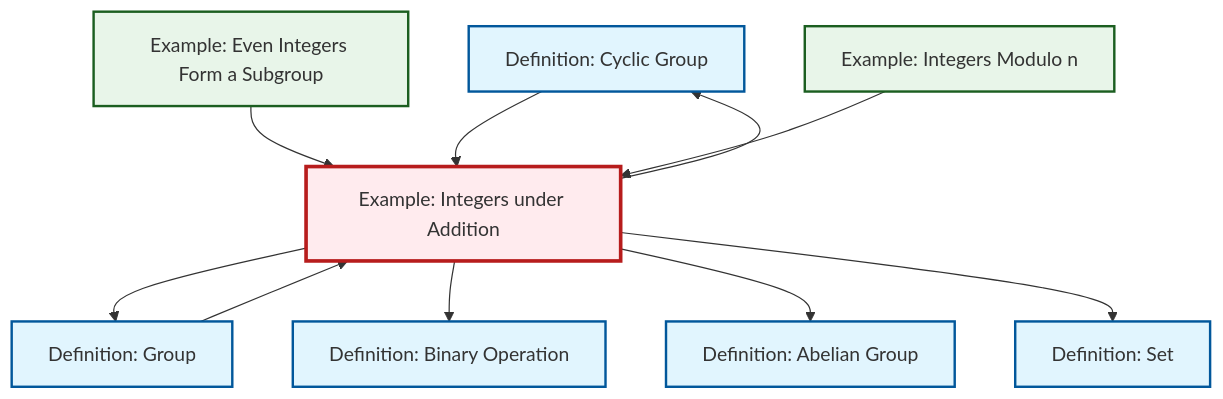
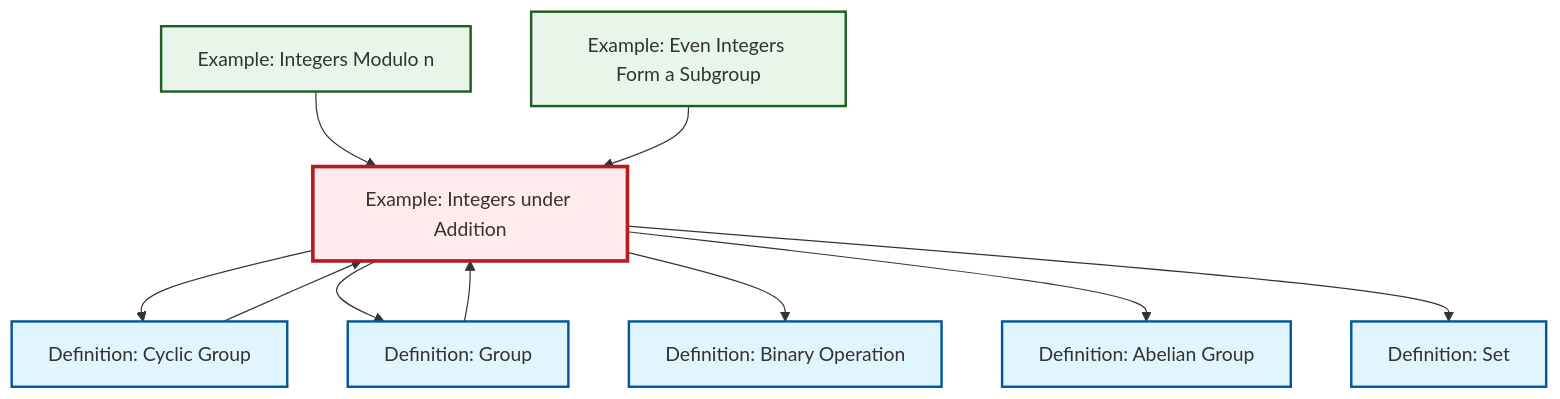
The diagram in content/ja/algebra/ex-integers-addition.qmd (RK0429/ModernMath), drawn with Mermaid before and after one commit. The commit also changed other lines of this file and 554 other files, not shown here.

````diff
--- a/content/ja/algebra/ex-integers-addition.qmd
+++ b/content/ja/algebra/ex-integers-addition.qmd
@@ -74,34 +74,34 @@
 ```{mermaid}
 %%| fig-cap: "Local dependency graph"
 graph TD
     classDef definition fill:#e1f5fe,stroke:#01579b,stroke-width:2px
     classDef theorem fill:#f3e5f5,stroke:#4a148c,stroke-width:2px
     classDef axiom fill:#fff3e0,stroke:#e65100,stroke-width:2px
     classDef example fill:#e8f5e9,stroke:#1b5e20,stroke-width:2px
     classDef current fill:#ffebee,stroke:#b71c1c,stroke-width:3px
+    ex-even-integers-subgroup["Example: Even Integers Form a Subgroup"]:::example
     def-abelian-group["Definition: Abelian Group"]:::definition
-    def-cyclic-group["Definition: Cyclic Group"]:::definition
-    def-set["Definition: Set"]:::definition
-    def-group["Definition: Group"]:::definition
     ex-quotient-integers-mod-n["Example: Integers Modulo n"]:::example
     ex-integers-addition["Example: Integers under Addition"]:::example
-    ex-even-integers-subgroup["Example: Even Integers Form a Subgroup"]:::example
+    def-cyclic-group["Definition: Cyclic Group"]:::definition
+    def-group["Definition: Group"]:::definition
     def-binary-operation["Definition: Binary Operation"]:::definition
-    ex-even-integers-subgroup --> ex-integers-addition
+    def-set["Definition: Set"]:::definition
+    ex-integers-addition --> def-cyclic-group
+    def-group --> ex-integers-addition
+    ex-quotient-integers-mod-n --> ex-integers-addition
     ex-integers-addition --> def-group
     ex-integers-addition --> def-binary-operation
-    def-group --> ex-integers-addition
-    ex-integers-addition --> def-cyclic-group
     ex-integers-addition --> def-abelian-group
+    def-cyclic-group --> ex-integers-addition
+    ex-even-integers-subgroup --> ex-integers-addition
     ex-integers-addition --> def-set
-    def-cyclic-group --> ex-integers-addition
-    ex-quotient-integers-mod-n --> ex-integers-addition
     class ex-integers-addition current
+    click ex-even-integers-subgroup "ex-even-integers-subgroup.html" "Example: Even Integers Form a Subgroupへ"
     click def-abelian-group "def-abelian-group.html" "Definition: Abelian Groupへ"
+    click ex-quotient-integers-mod-n "ex-quotient-integers-mod-n.html" "Example: Integers Modulo nへ"
     click def-cyclic-group "def-cyclic-group.html" "Definition: Cyclic Groupへ"
+    click def-group "def-group.html" "Definition: Groupへ"
+    click def-binary-operation "def-binary-operation.html" "Definition: Binary Operationへ"
     click def-set "def-set.html" "Definition: Setへ"
-    click def-group "def-group.html" "Definition: Groupへ"
-    click ex-quotient-integers-mod-n "ex-quotient-integers-mod-n.html" "Example: Integers Modulo nへ"
-    click ex-even-integers-subgroup "ex-even-integers-subgroup.html" "Example: Even Integers Form a Subgroupへ"
-    click def-binary-operation "def-binary-operation.html" "Definition: Binary Operationへ"
 ```
````
